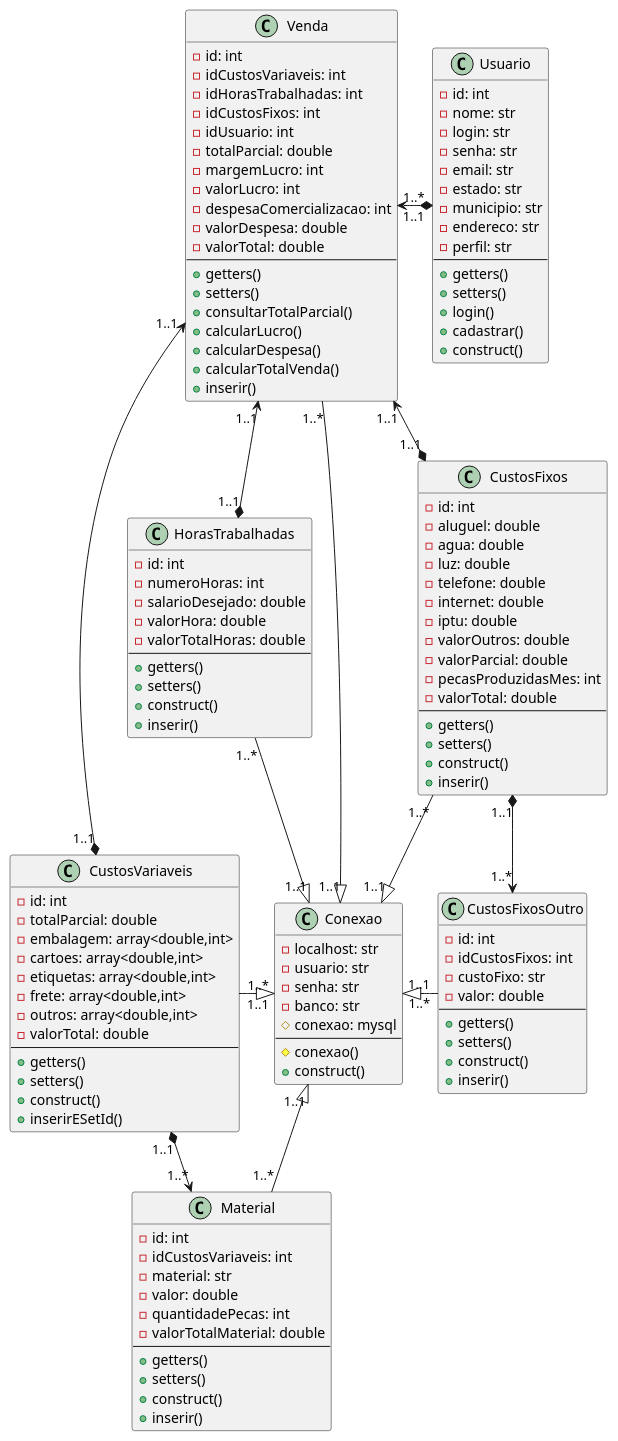
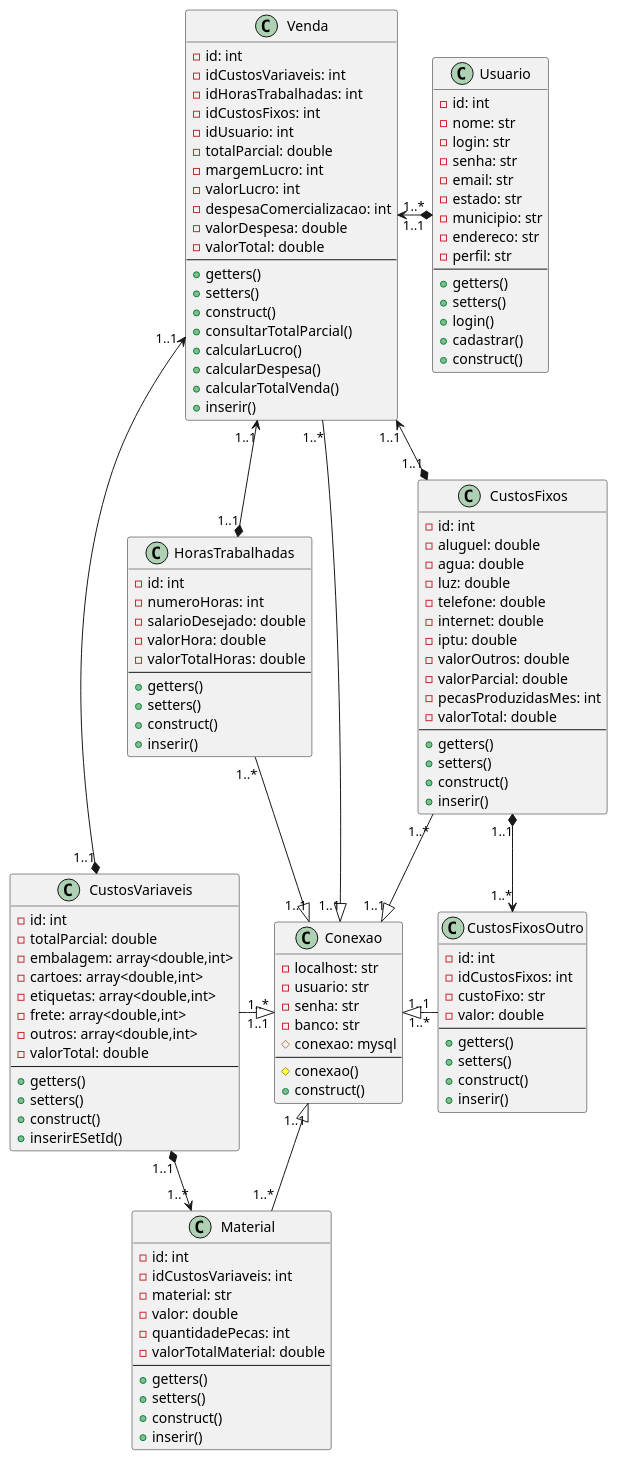
Before and after one commit to galaticghost/precificacao-pecas: the diagram in modelagem/DCprojetoTres.wsd, drawn with PlantUML. The commit also changed 2 other files, not shown here.

```diff
--- a/modelagem/DCprojetoTres.wsd
+++ b/modelagem/DCprojetoTres.wsd
@@ -1,141 +1,142 @@
 @startuml Diagrama de class Três
 
 class Conexao {
     -localhost: str
     -usuario: str
     -senha: str
     -banco: str
     #conexao: mysql
     --
     #conexao()
     +construct()
 }
 
 class HorasTrabalhadas{
     -id: int
     -numeroHoras: int
     -salarioDesejado: double
     -valorHora: double
     -valorTotalHoras: double
     --
     +getters()
     +setters()
     +construct()
     +inserir()
 }
 
 class CustosVariaveis {
     -id: int
     -totalParcial: double
     -embalagem: array<double,int>
     -cartoes: array<double,int>
     -etiquetas: array<double,int>
     -frete: array<double,int>
     -outros: array<double,int>
     -valorTotal: double
     --
     +getters()
     +setters()
     +construct()
     +inserirESetId()
 }
 
 class CustosFixos {
     -id: int
     -aluguel: double
     -agua: double
     -luz: double
     -telefone: double
     -internet: double
     -iptu: double
     -valorOutros: double
     -valorParcial: double
     -pecasProduzidasMes: int
     -valorTotal: double
     --
     +getters()
     +setters()
     +construct()
     +inserir()
 }
 
 class CustosFixosOutro{
     -id: int
     -idCustosFixos: int
     -custoFixo: str
     -valor: double
     --
     +getters()
     +setters()
     +construct()
     +inserir()
 }
 
 class Material {
     -id: int
     -idCustosVariaveis: int
     -material: str
     -valor: double
     -quantidadePecas: int
     -valorTotalMaterial: double
     --
     +getters()
     +setters()
     +construct()
     +inserir()
 }
 
 class Venda {
     -id: int
     -idCustosVariaveis: int
     -idHorasTrabalhadas: int
     -idCustosFixos: int
     -idUsuario: int
     -totalParcial: double
     -margemLucro: int
     -valorLucro: int
     -despesaComercializacao: int
     -valorDespesa: double
     -valorTotal: double
     --
     +getters()
     +setters()
+    +construct()
     +consultarTotalParcial()
     +calcularLucro()
     +calcularDespesa()
     +calcularTotalVenda()
     +inserir()
 }
 
 class Usuario {
     -id: int
     -nome: str
     -login: str
     -senha: str
     -email: str
     -estado: str
     -municipio: str
     -endereco: str
     -perfil: str
     --
     +getters()
     +setters()
     +login()
     +cadastrar()
     +construct()
 }
 
 Conexao "1..1" <|-up- "1..*" CustosFixos
 Conexao "1..1" <|-left- "1..*" HorasTrabalhadas
 Conexao "1..1" <|-left- "1..*" CustosVariaveis
 Conexao "1..1" <|-left- "1..*" Venda
 Conexao "1..1" <|-- "1..*" Material
 Conexao "1..1" <|-Right- "1..*" CustosFixosOutro
 CustosFixos "1..1" *--> "1..*" CustosFixosOutro
 CustosVariaveis "1..1" *--> "1..*" Material
 Venda "1..1" <--* "1..1" CustosVariaveis
 Venda "1..1" <--* "1..1" HorasTrabalhadas
 Venda "1..1" <--* "1..1" CustosFixos
 Usuario "1..1" *-left-> "1..*" Venda
 
 @enduml
```
